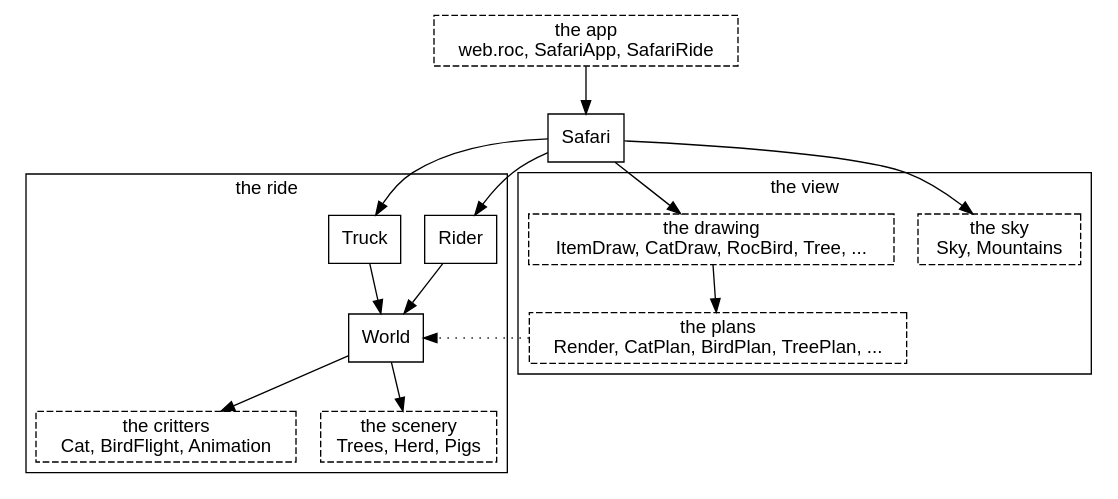
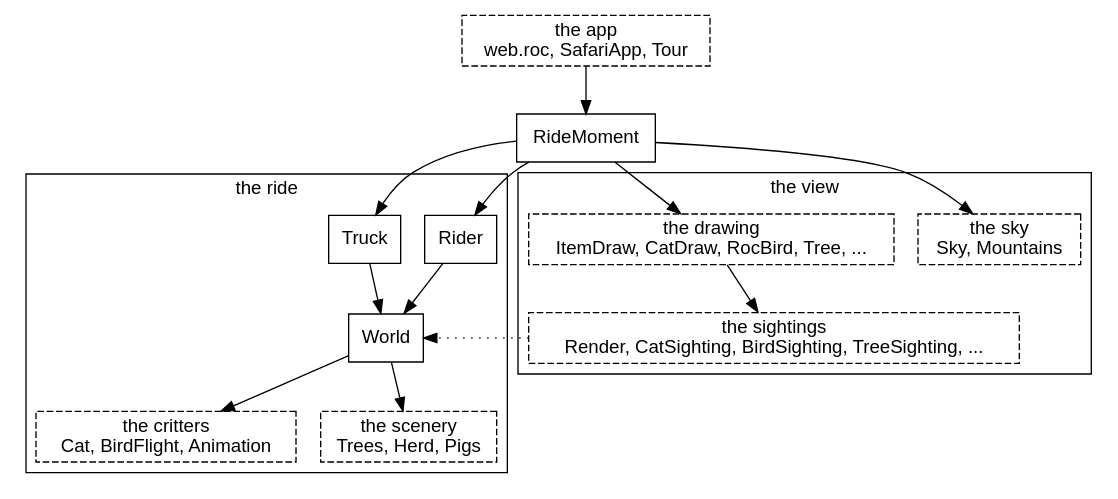
One commit to showell/essay-repl-server changed the second of 7 diagrams in notes/safari-tutorial-draft.md. Above: the diagram before and after it, drawn with Graphviz. The commit also changed other lines of this file, not shown here.

````diff
--- a/notes/safari-tutorial-draft.md
+++ b/notes/safari-tutorial-draft.md
@@ -41,30 +90,30 @@
 ```dot
 digraph system {
   node [shape=box, fontname="Helvetica"];
   fontname="Helvetica";
-  app [label="the app\nweb.roc, SafariApp, SafariRide", style=dashed];
+  app [label="the app\nweb.roc, SafariApp, Tour", style=dashed];
   subgraph cluster_ride {
     label="the ride";
     Rider; Truck; World;
     critters [label="the critters\nCat, BirdFlight, Animation", style=dashed];
     scenery [label="the scenery\nTrees, Herd, Pigs", style=dashed];
   }
   subgraph cluster_view {
     label="the view";
     sky [label="the sky\nSky, Mountains", style=dashed];
     drawing [label="the drawing\nItemDraw, CatDraw, RocBird, Tree, ...", style=dashed];
-    plans [label="the plans\nRender, CatPlan, BirdPlan, TreePlan, ...", style=dashed];
+    sightings [label="the sightings\nRender, CatSighting, BirdSighting, TreeSighting, ...", style=dashed];
   }
-  app -> Safari;
-  Safari -> Rider;
-  Safari -> Truck;
+  app -> RideMoment;
+  RideMoment -> Rider;
+  RideMoment -> Truck;
   Rider -> World;
   Truck -> World;
   World -> critters;
   World -> scenery;
-  Safari -> sky;
-  Safari -> drawing;
-  drawing -> plans;
-  plans -> World [style=dotted, constraint=false];
+  RideMoment -> sky;
+  RideMoment -> drawing;
+  drawing -> sightings;
+  sightings -> World [style=dotted, constraint=false];
 }
 ```
````
